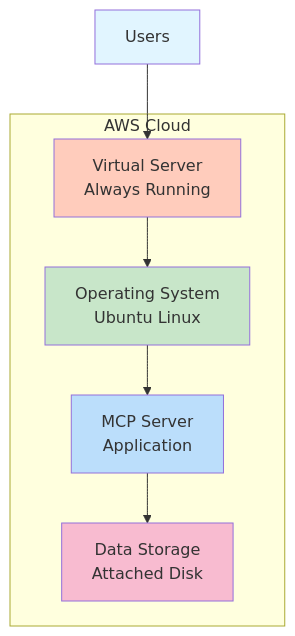
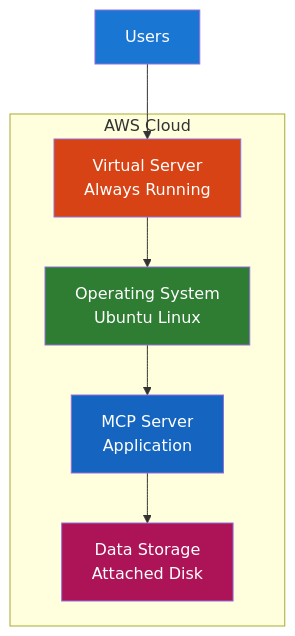
One commit to SamyamoyRakshitSigmoid/MCP-Exploration changed the fifth of 15 diagrams in AWS_DEPLOYMENT_EXECUTIVE_GUIDE.md. Above: the diagram before and after it, drawn with Mermaid. The commit also changed other lines of this file, not shown here.

Commit message:
style: Update diagram colors for improved visibility and consistency

````diff
--- a/AWS_DEPLOYMENT_EXECUTIVE_GUIDE.md
+++ b/AWS_DEPLOYMENT_EXECUTIVE_GUIDE.md
@@ -199,20 +199,20 @@
 ```mermaid
 graph TB
     subgraph "AWS Cloud"
         A[Virtual Server<br/>Always Running]
         B[Operating System<br/>Ubuntu Linux]
         C[MCP Server<br/>Application]
         D[Data Storage<br/>Attached Disk]
     end
     
     E[Users] --> A
     A --> B
     B --> C
     C --> D
     
-    style A fill:#ffccbc
-    style B fill:#c8e6c9
-    style C fill:#bbdefb
-    style D fill:#f8bbd0
-    style E fill:#e1f5ff
+    style A fill:#d84315,color:#fff
+    style B fill:#2e7d32,color:#fff
+    style C fill:#1565c0,color:#fff
+    style D fill:#ad1457,color:#fff
+    style E fill:#1976d2,color:#fff
 ```
````
